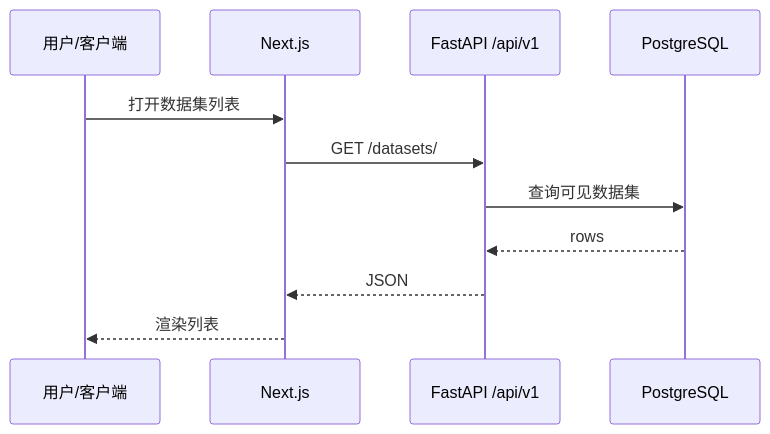
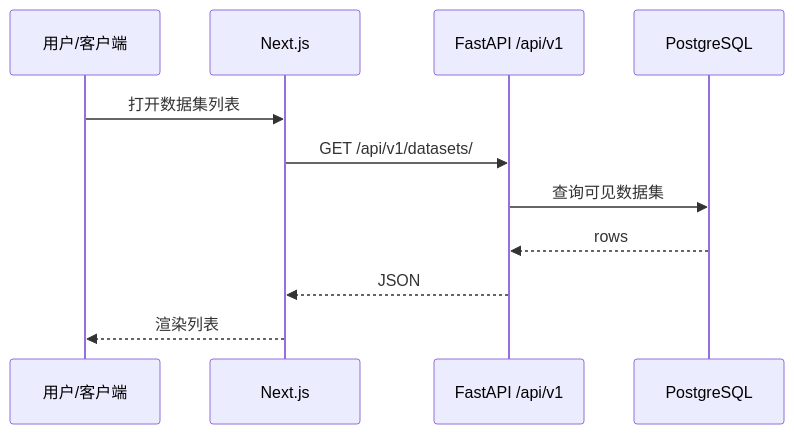
One commit to skygazer42/MimirQ changed the diagram in docs-site/docs/integration/datasets/e2e.md. Above: the diagram before and after it, drawn with Mermaid. The commit also changed other lines of this file and 69 other files, not shown here.

````diff
--- a/docs-site/docs/integration/datasets/e2e.md
+++ b/docs-site/docs/integration/datasets/e2e.md
@@ -8,13 +10,13 @@
 ```mermaid
 sequenceDiagram
   participant U as 用户/客户端
   participant FE as Next.js
   participant API as FastAPI /api/v1
   participant DB as PostgreSQL
   U->>FE: 打开数据集列表
-  FE->>API: GET /datasets/
+  FE->>API: GET /api/v1/datasets/
   API->>DB: 查询可见数据集
   DB-->>API: rows
   API-->>FE: JSON
   FE-->>U: 渲染列表
 ```
````
